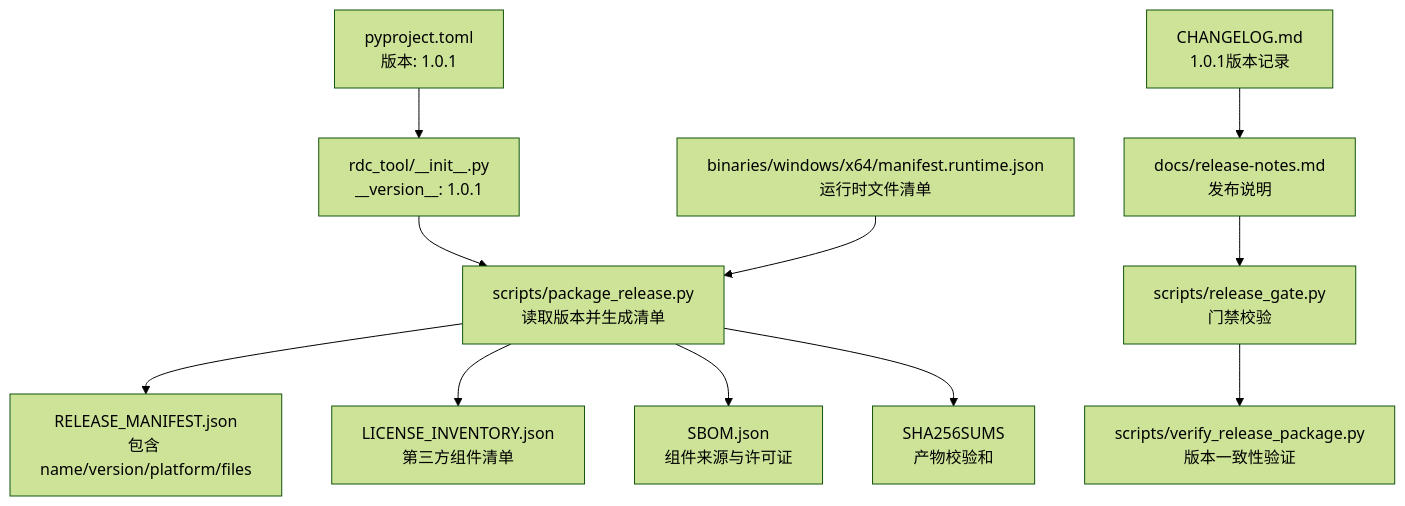
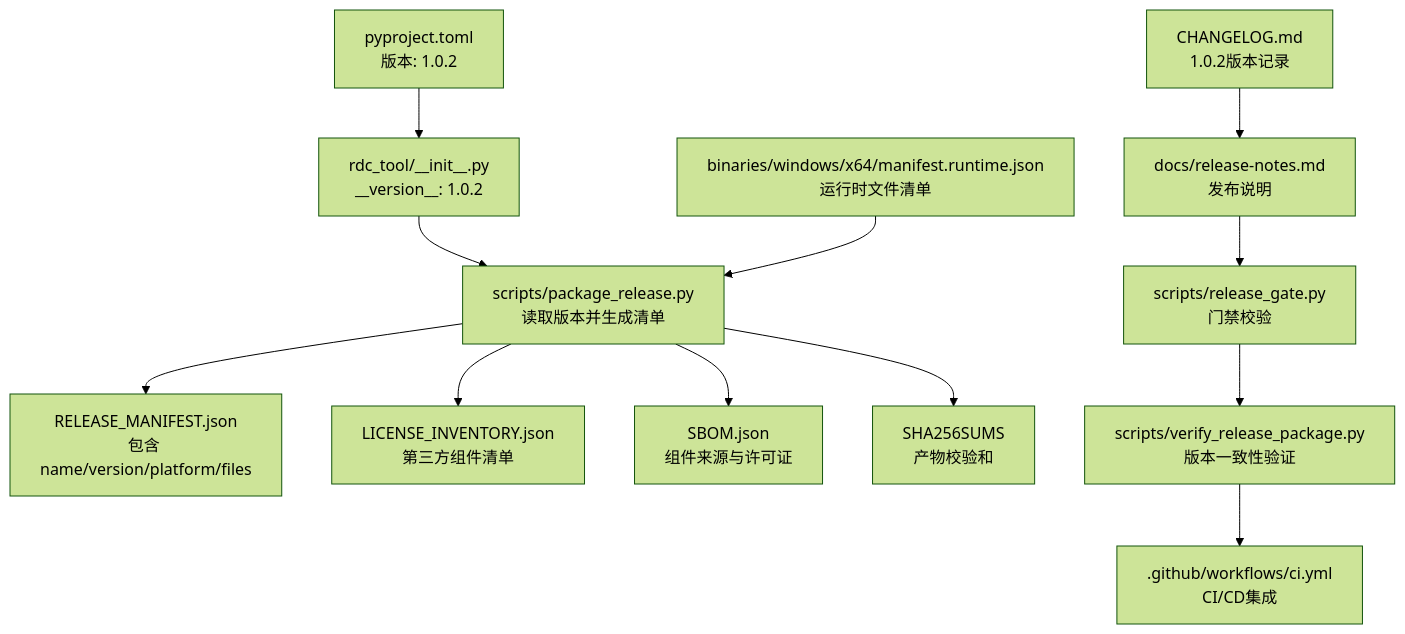
One commit to haolange/RDC-Tool changed the first of 5 diagrams in .qoder/repowiki/zh/content/部署和发布/版本管理.md. Above: the diagram before and after it, drawn with Mermaid (forest theme). The commit also changed other lines of this file and 56 other files, not shown here.

````diff
--- a/.qoder/repowiki/zh/content/部署和发布/版本管理.md
+++ b/.qoder/repowiki/zh/content/部署和发布/版本管理.md
@@ -48,13 +50,14 @@
 ```mermaid
 graph TB
-A["pyproject.toml<br/>版本: 1.0.1"] --> B["rdc_tool/__init__.py<br/>__version__: 1.0.1"]
+A["pyproject.toml<br/>版本: 1.0.2"] --> B["rdc_tool/__init__.py<br/>__version__: 1.0.2"]
 B --> C["scripts/package_release.py<br/>读取版本并生成清单"]
 C --> D["RELEASE_MANIFEST.json<br/>包含 name/version/platform/files"]
 C --> E["LICENSE_INVENTORY.json<br/>第三方组件清单"]
 C --> F["SBOM.json<br/>组件来源与许可证"]
 C --> G["SHA256SUMS<br/>产物校验和"]
 H["binaries/windows/x64/manifest.runtime.json<br/>运行时文件清单"] --> C
-I["CHANGELOG.md<br/>1.0.1版本记录"] --> J["docs/release-notes.md<br/>发布说明"]
+I["CHANGELOG.md<br/>1.0.2版本记录"] --> J["docs/release-notes.md<br/>发布说明"]
 J --> K["scripts/release_gate.py<br/>门禁校验"]
 K --> L["scripts/verify_release_package.py<br/>版本一致性验证"]
+L --> M[".github/workflows/ci.yml<br/>CI/CD集成"]
 ```
````
